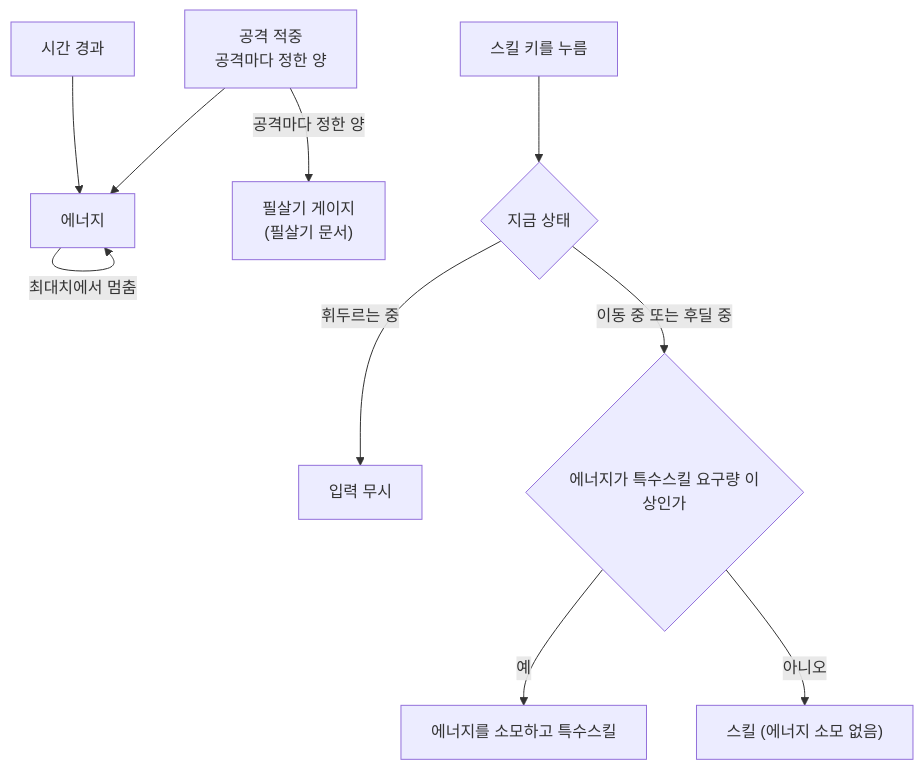
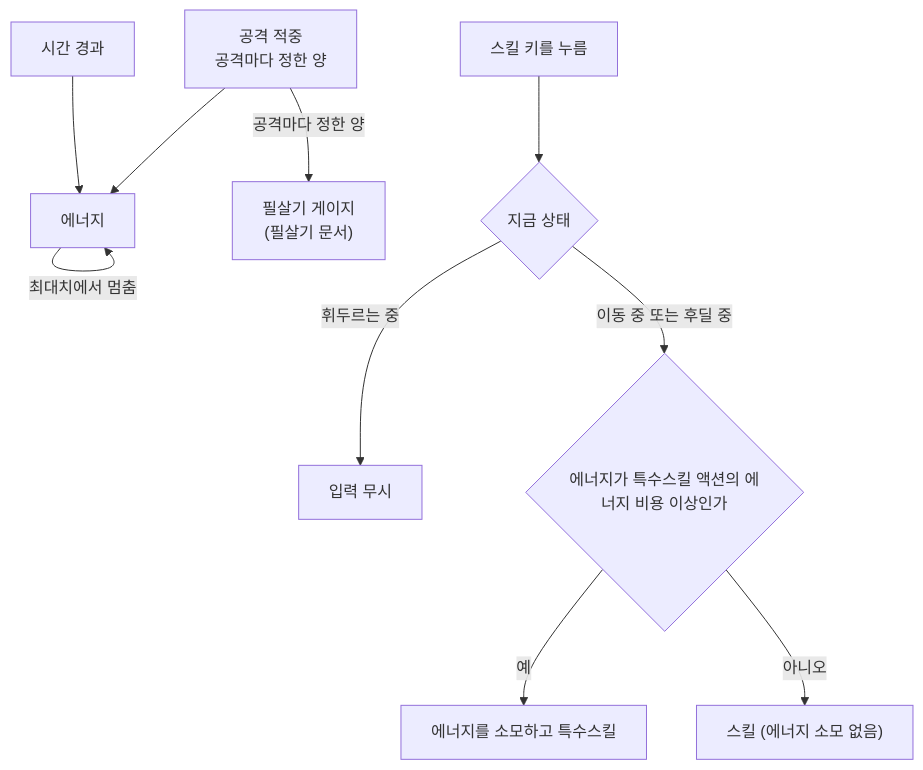
One commit to SquashPrince/Develrocket_mp15_HHH changed the fifth of 5 diagrams in Docs/Technical/Player/PlayerAttack.md. Above: the diagram before and after it, drawn with Mermaid. The commit also changed other lines of this file and 7 other files, not shown here.

````diff
--- a/Docs/Technical/Player/PlayerAttack.md
+++ b/Docs/Technical/Player/PlayerAttack.md
@@ -132,12 +136,12 @@
 ```mermaid
 flowchart TD
     T["시간 경과"] --> E["에너지"]
     HIT["공격 적중<br>공격마다 정한 양"] --> E
     HIT -->|"공격마다 정한 양"| UG["필살기 게이지<br>(필살기 문서)"]
     E -->|"최대치에서 멈춤"| E
     K["스킬 키를 누름"] --> W{"지금 상태"}
     W -->|"휘두르는 중"| X["입력 무시"]
-    W -->|"이동 중 또는 후딜 중"| Q{"에너지가 특수스킬 요구량 이상인가"}
+    W -->|"이동 중 또는 후딜 중"| Q{"에너지가 특수스킬 액션의 에너지 비용 이상인가"}
     Q -->|"예"| SP["에너지를 소모하고 특수스킬"]
     Q -->|"아니오"| SK["스킬 (에너지 소모 없음)"]
 ```
````
